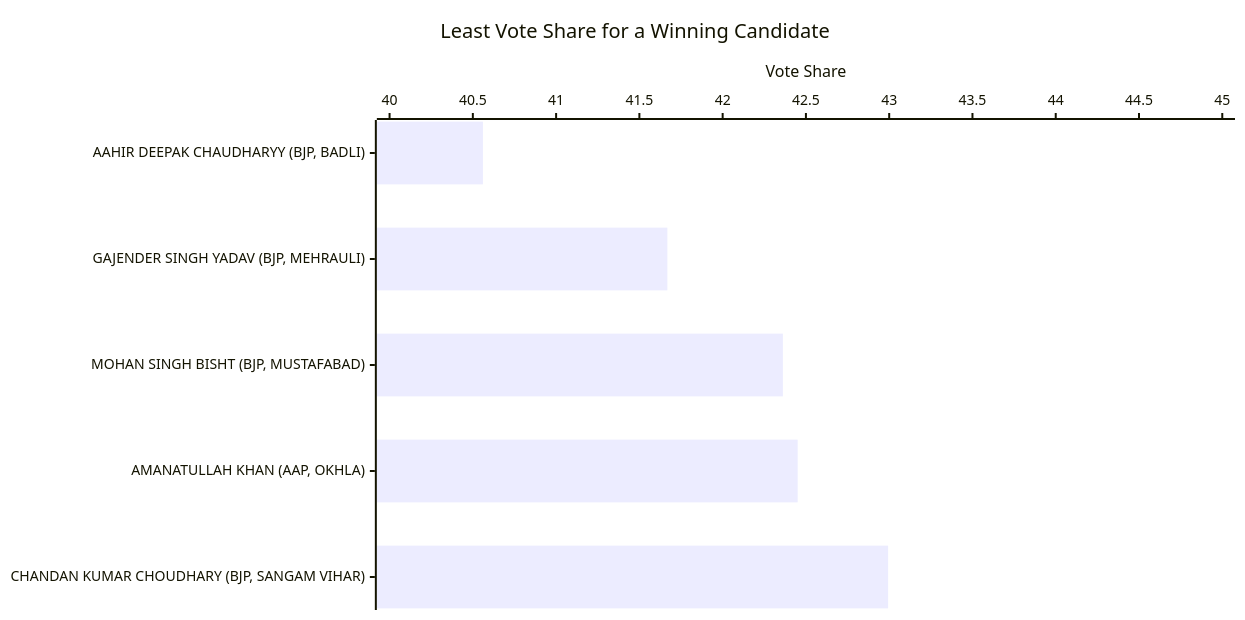
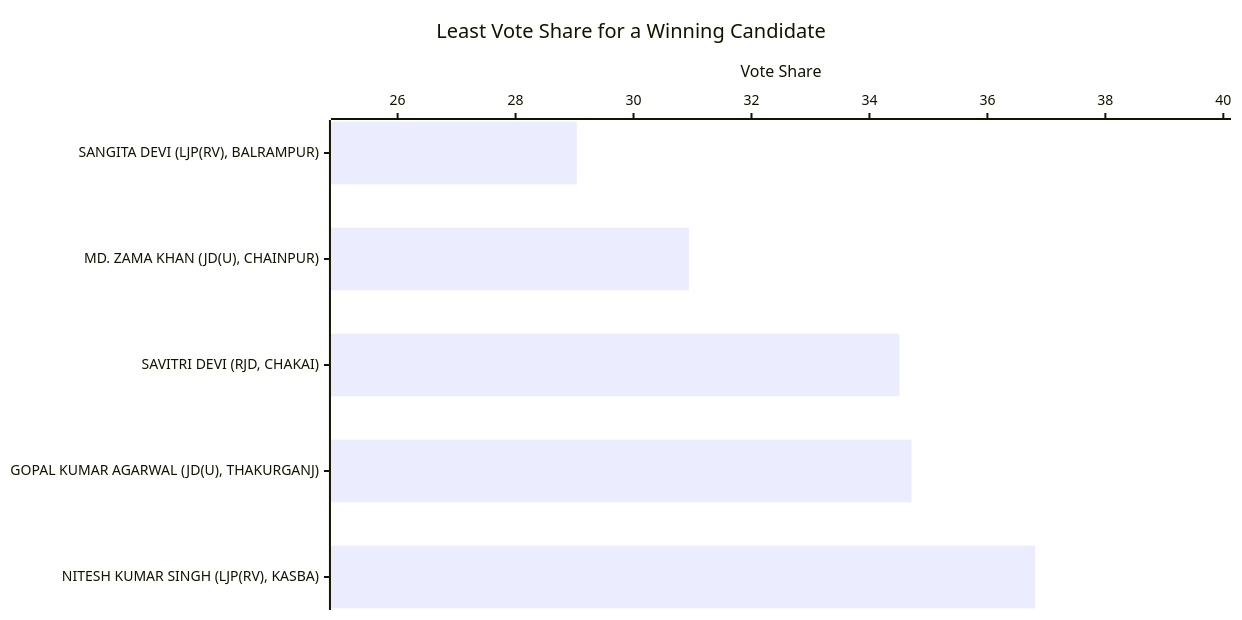
One commit to arjunswaj/elections changed diagram 13 of 23 in BIHAR-GRAPH.md. Above: the diagram before and after it, drawn with Mermaid. The commit also changed other lines of this file and 5 other files, not shown here.

````diff
--- a/BIHAR-GRAPH.md
+++ b/BIHAR-GRAPH.md
@@ -279,17 +274,17 @@
 ```mermaid
 ---
 config:
     xyChart:
         width: 1200
         height: 600
         chartOrientation: horizontal
         dataLabels:
             enabled: true
             placement: end
 ---
 xychart-beta
     title "Least Vote Share for a Winning Candidate"
-    x-axis ["AAHIR DEEPAK CHAUDHARYY (BJP, BADLI)", "GAJENDER SINGH YADAV (BJP, MEHRAULI)", "MOHAN SINGH BISHT (BJP, MUSTAFABAD)", "AMANATULLAH KHAN (AAP, OKHLA)", "CHANDAN KUMAR CHOUDHARY (BJP, SANGAM VIHAR)"]
-    y-axis "Vote Share" 40 --> 45
-    bar [40.5605, 41.6680, 42.3616, 42.4504, 42.9936]
+    x-axis ["SANGITA DEVI (LJP(RV), BALRAMPUR)", "MD. ZAMA KHAN (JD(U), CHAINPUR)", "SAVITRI DEVI (RJD, CHAKAI)", "GOPAL KUMAR AGARWAL (JD(U), THAKURGANJ)", "NITESH KUMAR SINGH (LJP(RV), KASBA)"]
+    y-axis "Vote Share" 25 --> 40
+    bar [29.0388, 30.9394, 34.5083, 34.7127, 36.8109]
 ```
````
